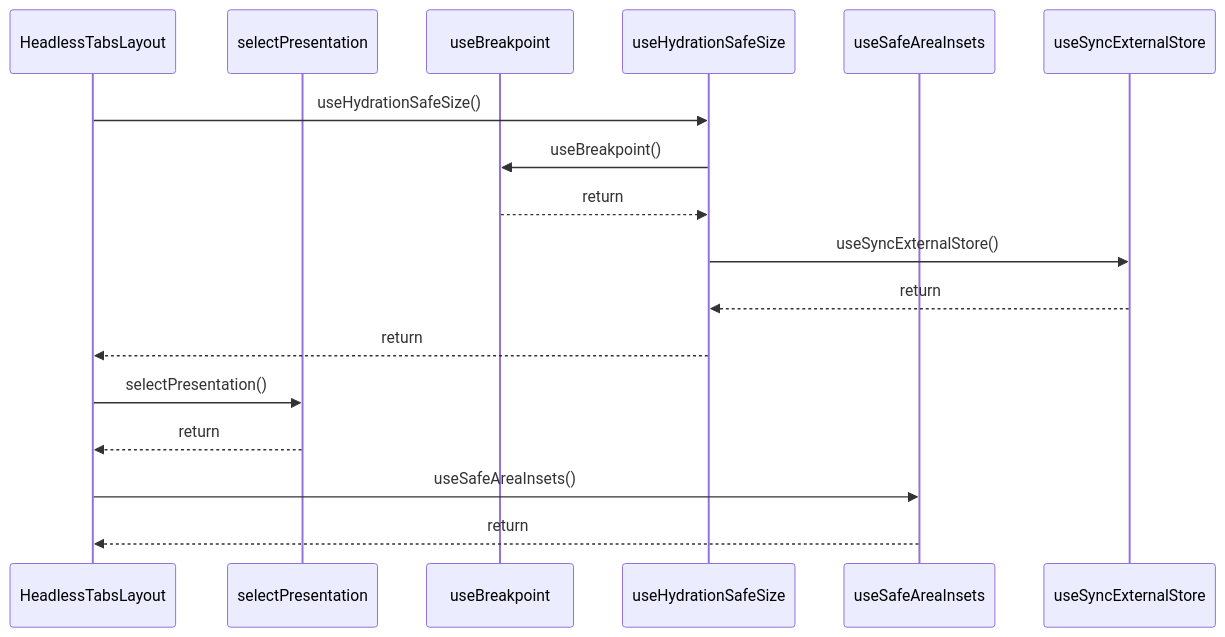
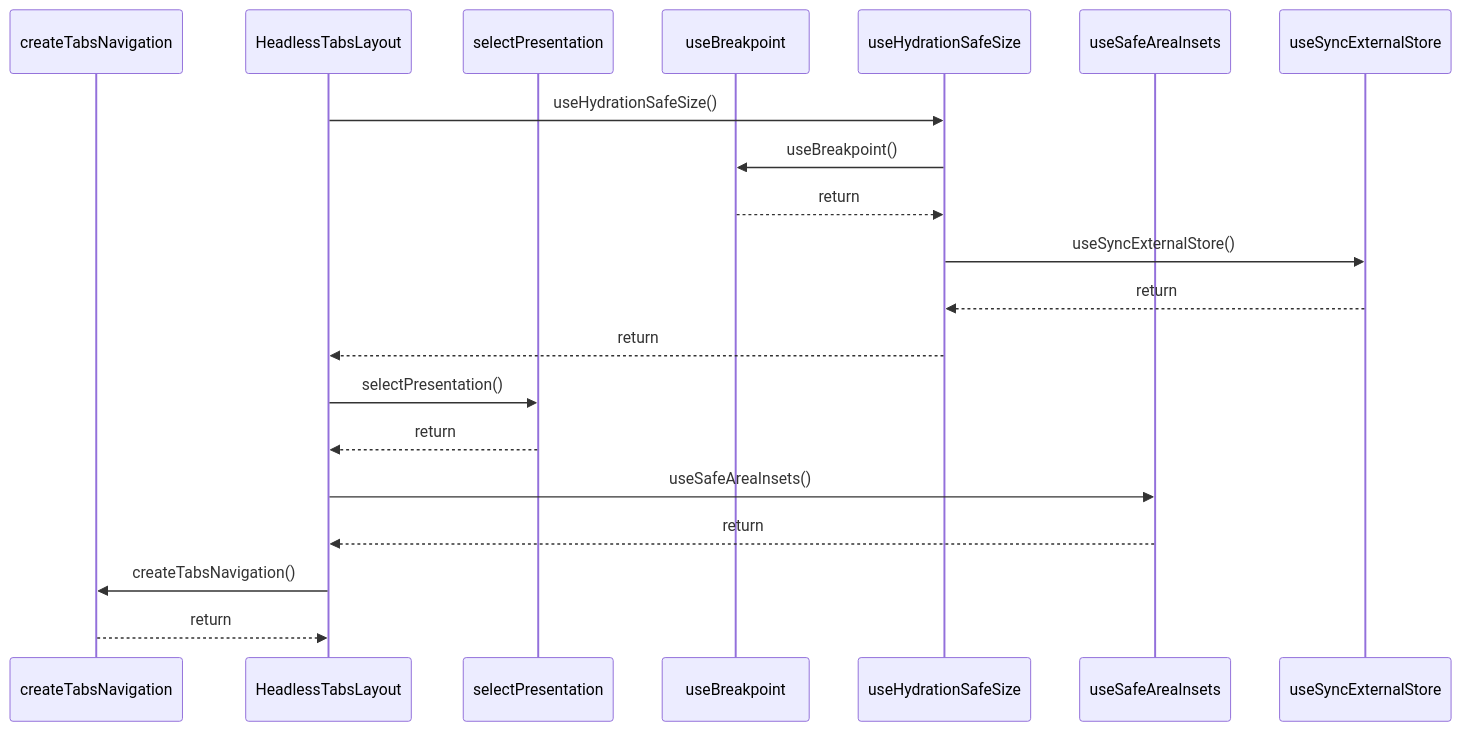
The diagram in paradox/diagrams/sequences/headless-tabs-layout.mmd (ankhorage/navigator), drawn with Mermaid before and after one commit. The commit also changed 59 other files, not shown here.

```diff
--- a/paradox/diagrams/sequences/headless-tabs-layout.mmd
+++ b/paradox/diagrams/sequences/headless-tabs-layout.mmd
@@ -1,17 +1,20 @@
 sequenceDiagram
+  participant participant_createTabsNavigation as createTabsNavigation
   participant participant_HeadlessTabsLayout as HeadlessTabsLayout
   participant participant_selectPresentation as selectPresentation
   participant participant_useBreakpoint as useBreakpoint
   participant participant_useHydrationSafeSize as useHydrationSafeSize
   participant participant_useSafeAreaInsets as useSafeAreaInsets
   participant participant_useSyncExternalStore as useSyncExternalStore
   participant_HeadlessTabsLayout->>participant_useHydrationSafeSize: useHydrationSafeSize()
   participant_useHydrationSafeSize->>participant_useBreakpoint: useBreakpoint()
   participant_useBreakpoint-->>participant_useHydrationSafeSize: return
   participant_useHydrationSafeSize->>participant_useSyncExternalStore: useSyncExternalStore()
   participant_useSyncExternalStore-->>participant_useHydrationSafeSize: return
   participant_useHydrationSafeSize-->>participant_HeadlessTabsLayout: return
   participant_HeadlessTabsLayout->>participant_selectPresentation: selectPresentation()
   participant_selectPresentation-->>participant_HeadlessTabsLayout: return
   participant_HeadlessTabsLayout->>participant_useSafeAreaInsets: useSafeAreaInsets()
   participant_useSafeAreaInsets-->>participant_HeadlessTabsLayout: return
+  participant_HeadlessTabsLayout->>participant_createTabsNavigation: createTabsNavigation()
+  participant_createTabsNavigation-->>participant_HeadlessTabsLayout: return
```
